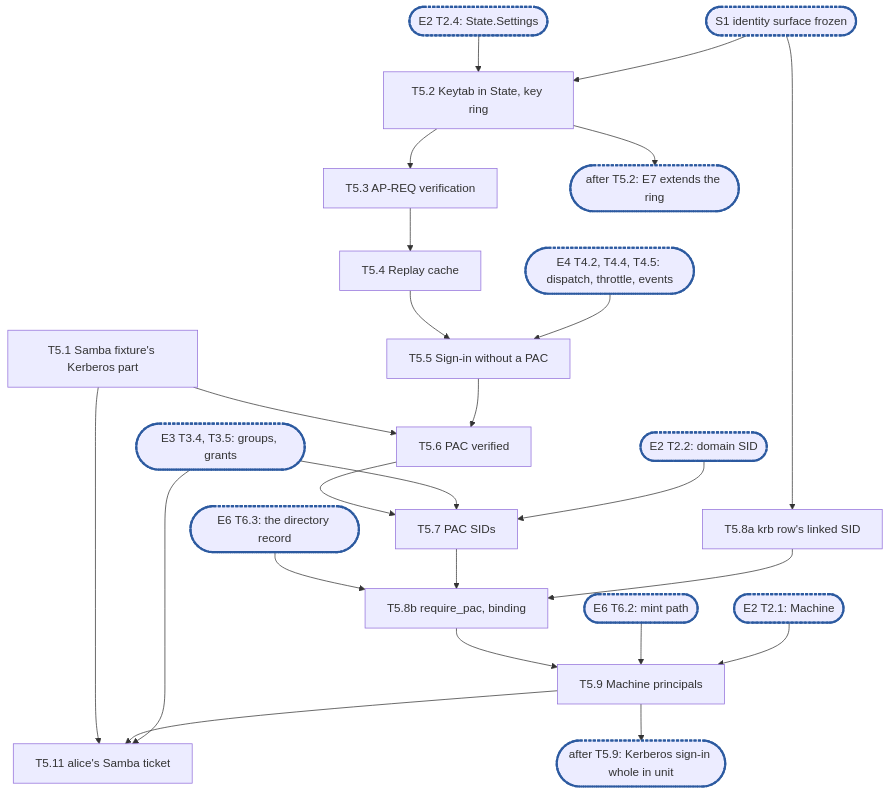
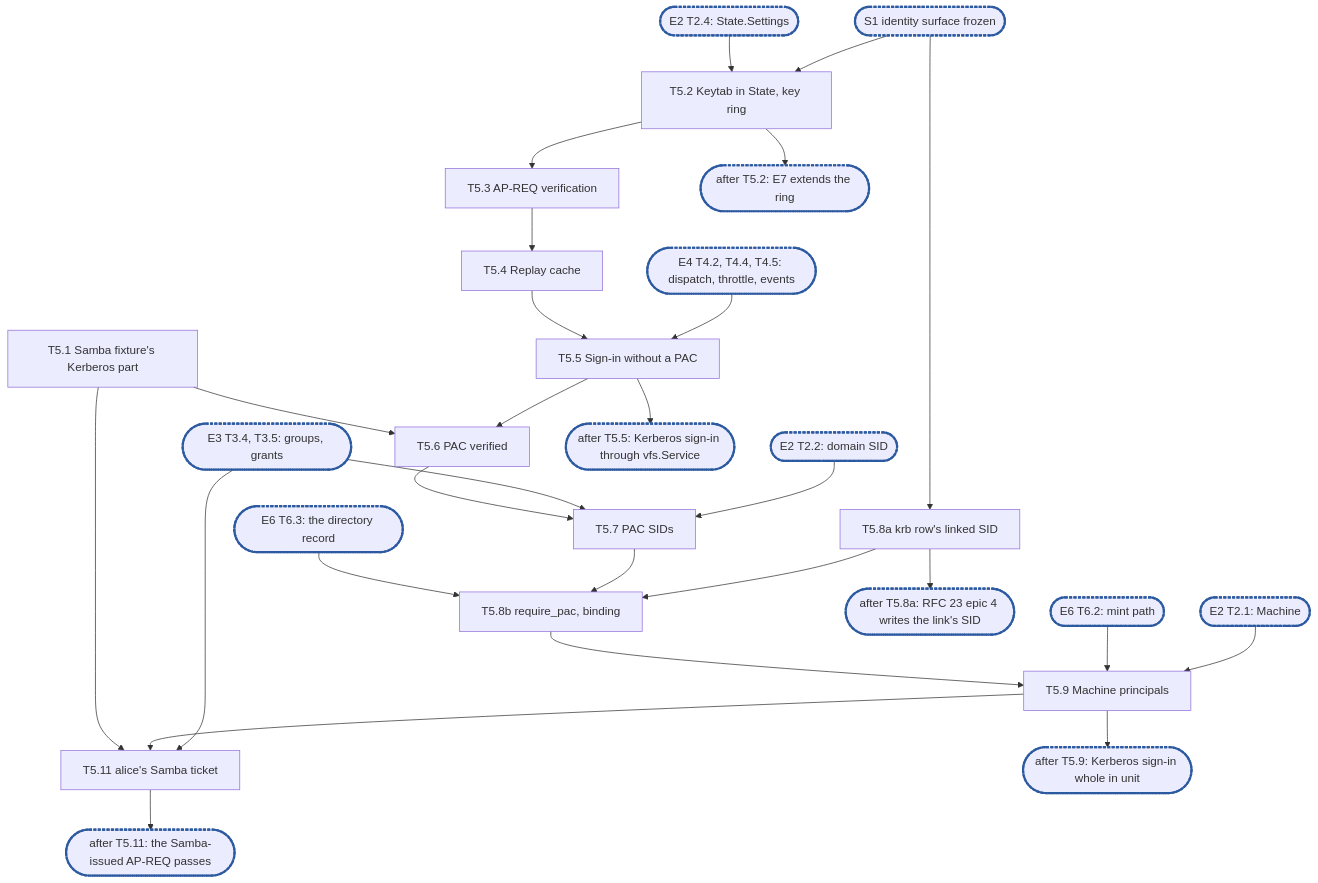
The diagram in docs/internals/planning/rfc-18-identity-epic5.md (cubbit/dittofs), drawn with Mermaid before and after one commit. The commit also changed other lines of this file, not shown here.

Commit message:
docs(planning): E5 orders the PAC's SID filter, gives T5.11 a row, names the revocation report's gap

````diff
--- a/docs/internals/planning/rfc-18-identity-epic5.md
+++ b/docs/internals/planning/rfc-18-identity-epic5.md
@@ -743,26 +766,29 @@
 ```mermaid
 flowchart TD
   S1(["S1 identity surface frozen"]):::sync --> T5_2["T5.2 Keytab in State, key ring"]
   X2a(["E2 T2.4: State.Settings"]):::sync --> T5_2
   T5_1["T5.1 Samba fixture's Kerberos part"]
   T5_2 --> T5_3["T5.3 AP-REQ verification"] --> T5_4["T5.4 Replay cache"]
   X4(["E4 T4.2, T4.4, T4.5: dispatch, throttle, events"]):::sync --> T5_5
   T5_4 --> T5_5["T5.5 Sign-in without a PAC"]
   T5_5 --> T5_6["T5.6 PAC verified"]
   T5_1 --> T5_6
   X2b(["E2 T2.2: domain SID"]):::sync --> T5_7
   X3(["E3 T3.4, T3.5: groups, grants"]):::sync --> T5_7
   X3 --> T5_11
   S1 --> T5_8a["T5.8a krb row's linked SID"]
   T5_8a --> T5_8b
   T5_6 --> T5_7["T5.7 PAC SIDs"] --> T5_8b["T5.8b require_pac, binding"]
   X6a(["E6 T6.3: the directory record"]):::sync --> T5_8b
   X2c(["E2 T2.1: Machine"]):::sync --> T5_9
   X6b(["E6 T6.2: mint path"]):::sync --> T5_9
   T5_8b --> T5_9["T5.9 Machine principals"]
   T5_9 --> T5_11["T5.11 alice's Samba ticket"]
   T5_1 --> T5_11
+  T5_8a --> C0(["after T5.8a: RFC 23 epic 4 writes the link's SID"]):::sync
   T5_2 --> C1(["after T5.2: E7 extends the ring"]):::sync
+  T5_5 --> C3(["after T5.5: Kerberos sign-in through vfs.Service"]):::sync
   T5_9 --> C2(["after T5.9: Kerberos sign-in whole in unit"]):::sync
+  T5_11 --> C4(["after T5.11: the Samba-issued AP-REQ passes"]):::sync
   classDef sync stroke:#2c5aa0,stroke-width:3px,stroke-dasharray:4 2
 ```
````
